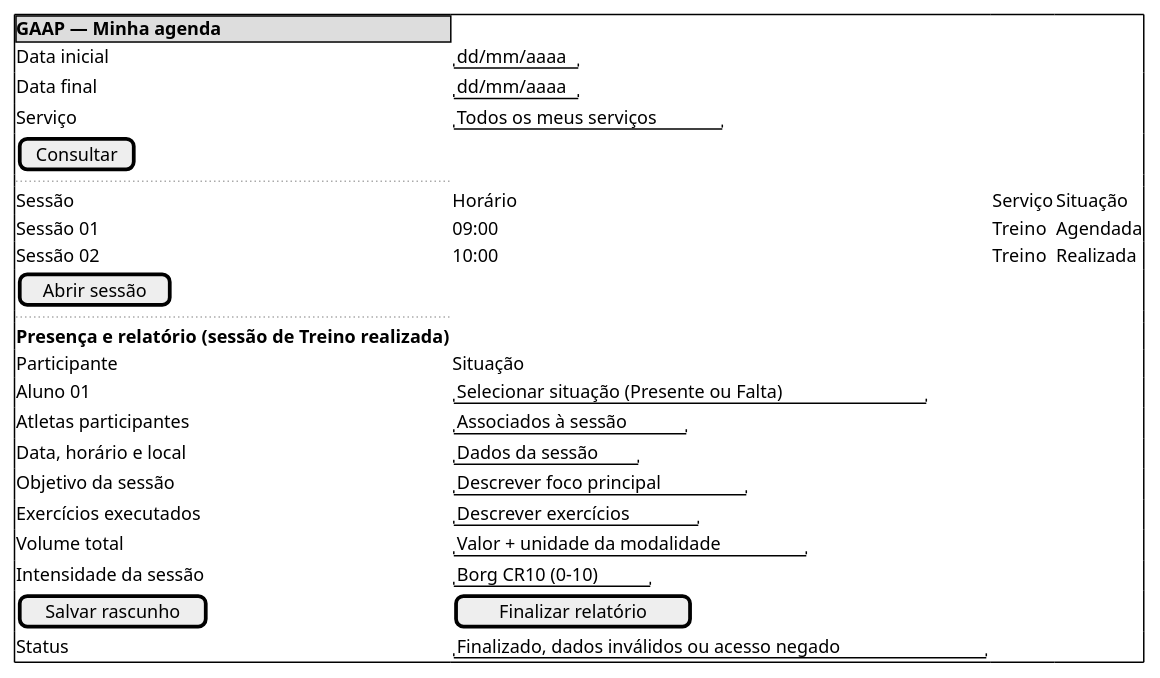
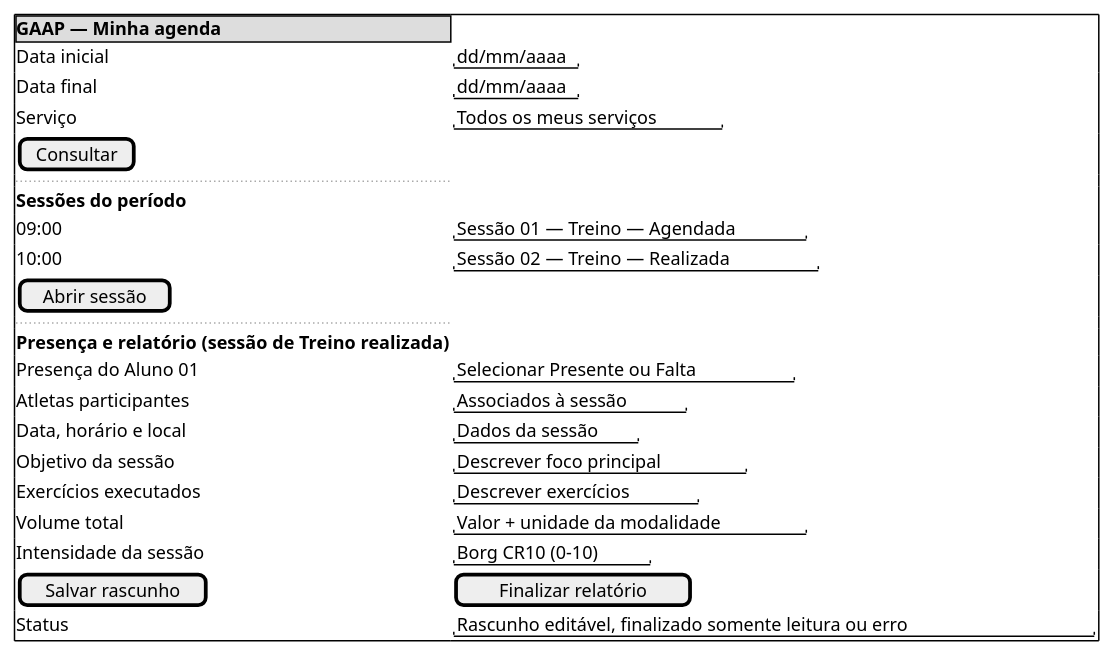
Before and after one commit to Projetos-de-Extensao/PECDII_26.2_8001_I: the fourth of 5 diagrams in docs/Iniciacao/prototipo_baixa_fidelidade.md, drawn with PlantUML. The commit also changed other lines of this file and 4 other files, not shown here.

````diff
--- a/docs/Iniciacao/prototipo_baixa_fidelidade.md
+++ b/docs/Iniciacao/prototipo_baixa_fidelidade.md
@@ -83,28 +83,27 @@
 ```plantuml
 @startsalt
 {+
   {* <b>GAAP — Minha agenda}
   Data inicial | "dd/mm/aaaa"
   Data final | "dd/mm/aaaa"
   Serviço | "Todos os meus serviços"
   [Consultar]
   ..
-  Sessão | Horário | Serviço | Situação
-  Sessão 01 | 09:00 | Treino | Agendada
-  Sessão 02 | 10:00 | Treino | Realizada
+  <b>Sessões do período
+  09:00 | "Sessão 01 — Treino — Agendada"
+  10:00 | "Sessão 02 — Treino — Realizada"
   [Abrir sessão]
   ..
   <b>Presença e relatório (sessão de Treino realizada)
-  Participante | Situação
-  Aluno 01 | "Selecionar situação (Presente ou Falta)"
+  Presença do Aluno 01 | "Selecionar Presente ou Falta"
   Atletas participantes | "Associados à sessão"
   Data, horário e local | "Dados da sessão"
   Objetivo da sessão | "Descrever foco principal"
   Exercícios executados | "Descrever exercícios"
   Volume total | "Valor + unidade da modalidade"
   Intensidade da sessão | "Borg CR10 (0–10)"
   [Salvar rascunho] | [Finalizar relatório]
-  Status | "Finalizado, dados inválidos ou acesso negado"
+  Status | "Rascunho editável, finalizado somente leitura ou erro"
 }
 @endsalt
 ```
````
